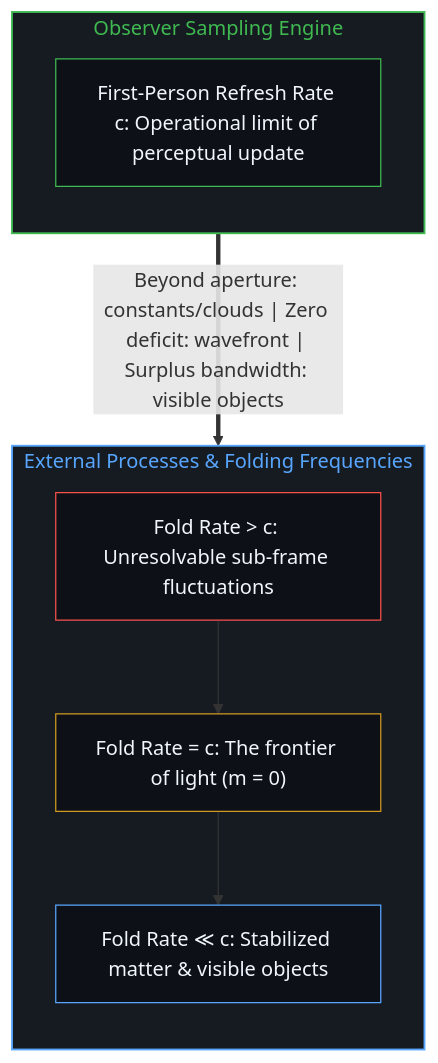
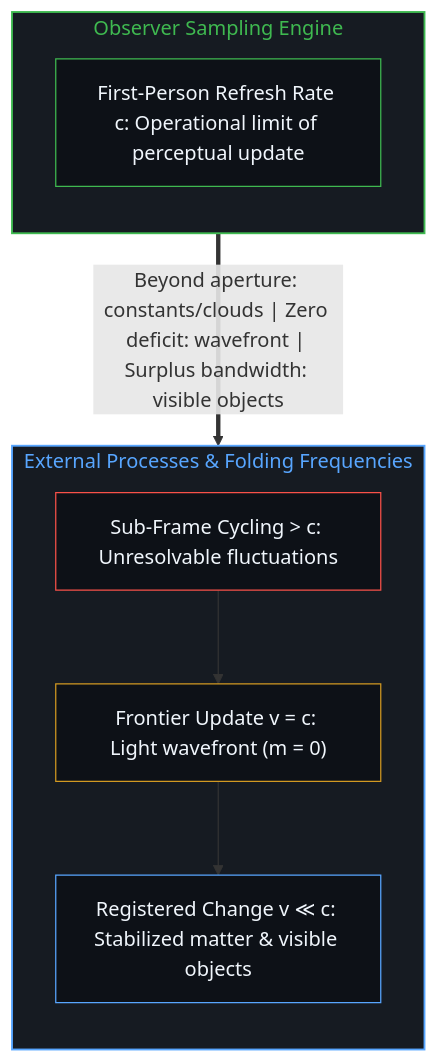
The fourth of 10 diagrams in content/posts/the-velocity-of-visibility.md (powerpig99/not-a-toe), drawn with Mermaid before and after one commit. The commit also changed other lines of this file and 27 other files, not shown here.

````diff
--- a/content/posts/the-velocity-of-visibility.md
+++ b/content/posts/the-velocity-of-visibility.md
@@ -93,21 +93,21 @@
 ```mermaid
 flowchart TD
     subgraph S_Observer["Observer Sampling Engine"]
         direction TB
         SamplingRate["First-Person Refresh Rate c: Operational limit of perceptual update"]
     end
     subgraph S_External["External Processes & Folding Frequencies"]
         direction TB
-        FasterThanC["Fold Rate > c: Unresolvable sub-frame fluctuations"]
-        EqualC["Fold Rate = c: The frontier of light (m = 0)"]
-        SlowerThanC["Fold Rate ≪ c: Stabilized matter & visible objects"]
+        FasterThanC["Sub-Frame Cycling > c: Unresolvable fluctuations"]
+        EqualC["Frontier Update v = c: Light wavefront (m = 0)"]
+        SlowerThanC["Registered Change v ≪ c: Stabilized matter & visible objects"]
         FasterThanC --> EqualC --> SlowerThanC
     end
     SamplingRate ==>|"Beyond aperture: constants/clouds | Zero deficit: wavefront | Surplus bandwidth: visible objects"| FasterThanC
     style S_Observer fill:#161b22,stroke:#3fb950,stroke-width:1.5px,color:#3fb950
     style S_External fill:#161b22,stroke:#58a6ff,stroke-width:1.5px,color:#58a6ff
     style SamplingRate fill:#0d1117,stroke:#3fb950,stroke-width:1px,color:#f0f6fc
     style FasterThanC fill:#0d1117,stroke:#f85149,stroke-width:1px,color:#f0f6fc
     style EqualC fill:#0d1117,stroke:#d29922,stroke-width:1px,color:#f0f6fc
     style SlowerThanC fill:#0d1117,stroke:#58a6ff,stroke-width:1px,color:#f0f6fc
 ```
````
